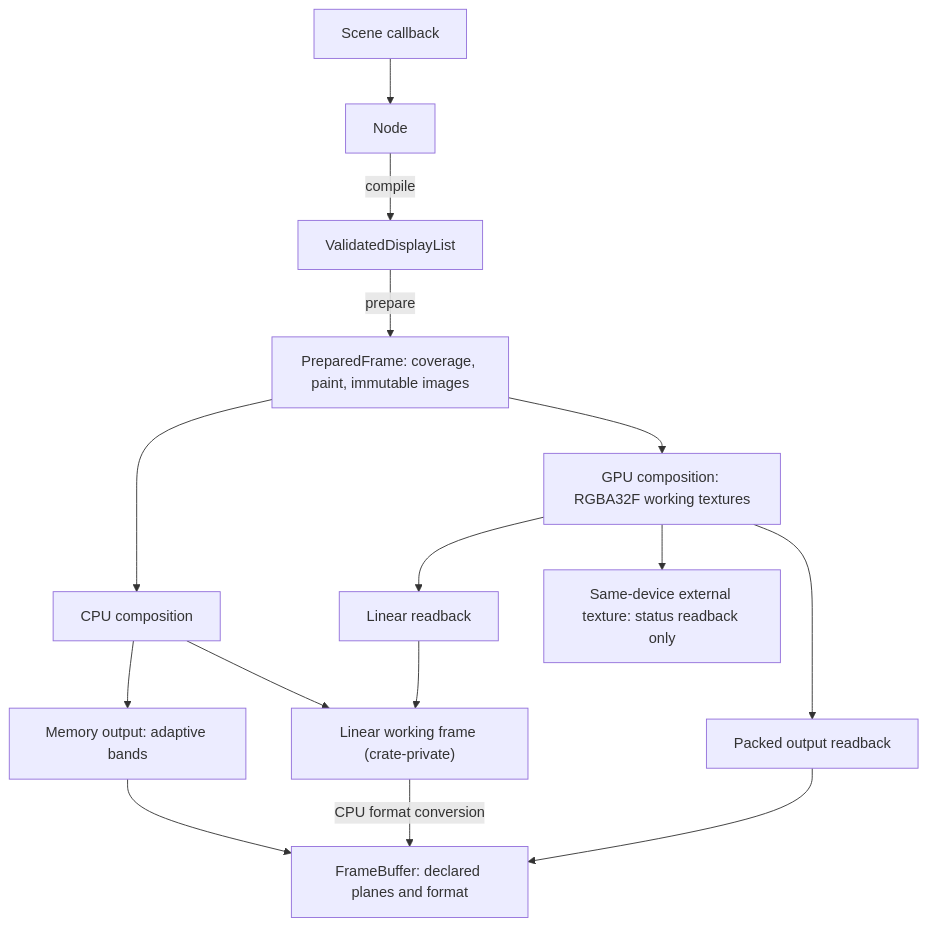
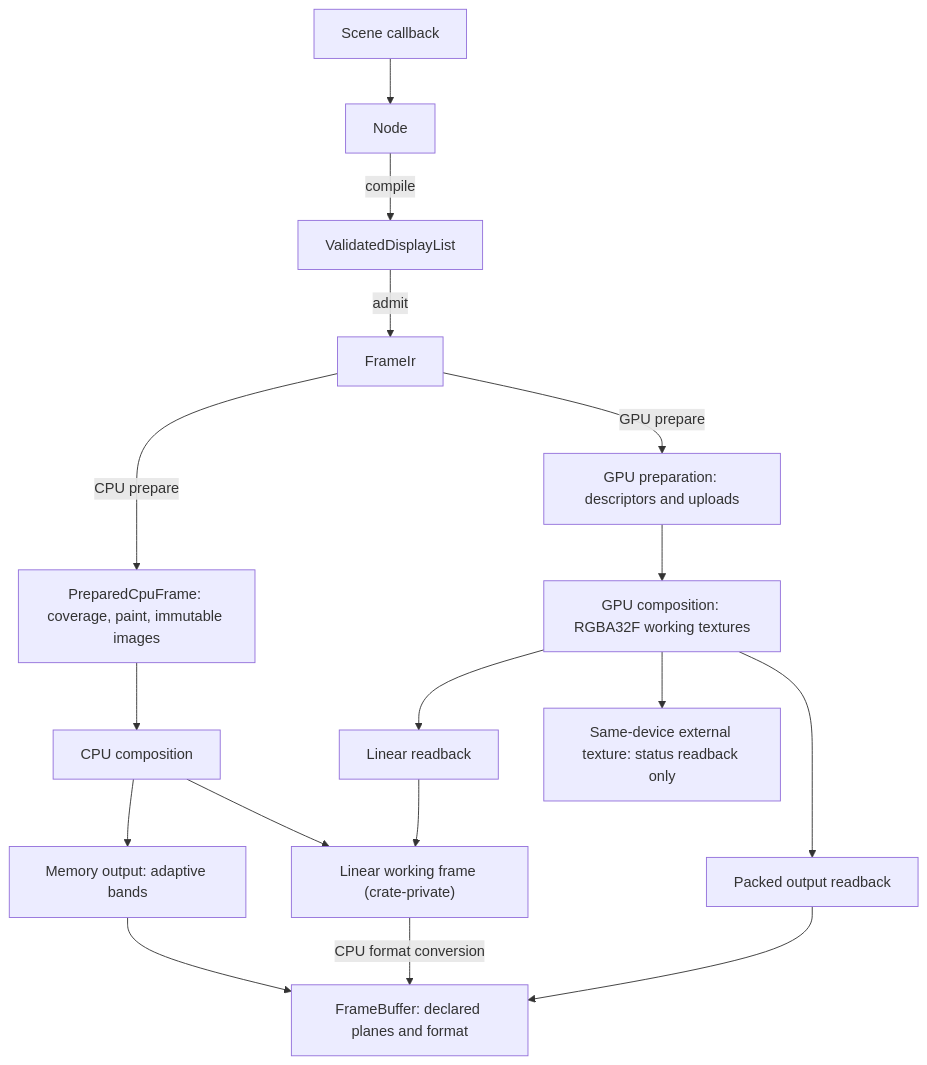
One commit to motion-rs/motion-rs changed the third of 12 diagrams in docs/design/rendering.md. Above: the diagram before and after it, drawn with Mermaid. The commit also changed other lines of this file and 198 other files, not shown here.

Commit message:
Implement independent GPU rendering and optimize frame preparation

````diff
--- a/docs/design/rendering.md
+++ b/docs/design/rendering.md
@@ -224,17 +227,19 @@
 ```mermaid
 flowchart TD
     Build["Scene callback"] --> Node["Node"]
     Node -->|compile| Commands["ValidatedDisplayList"]
-    Commands -->|prepare| Prepared["PreparedFrame: coverage, paint, immutable images"]
+    Commands -->|admit| IR["FrameIr"]
+    IR -->|CPU prepare| Prepared["PreparedCpuFrame: coverage, paint, immutable images"]
+    IR -->|GPU prepare| GpuPrep["GPU preparation: descriptors and uploads"]
     Prepared --> CPU["CPU composition"]
-    Prepared --> GPU["GPU composition: RGBA32F working textures"]
+    GpuPrep --> GPU["GPU composition: RGBA32F working textures"]
     CPU --> Bands["Memory output: adaptive bands"]
     Bands --> Buffer["FrameBuffer: declared planes and format"]
     CPU --> Linear["Linear working frame (crate-private)"]
     Linear -->|CPU format conversion| Buffer
     GPU --> Readback["Linear readback"]
     Readback --> Linear
     GPU --> Packed["Packed output readback"]
     Packed --> Buffer
     GPU --> Texture["Same-device external texture: status readback only"]
 ```
````
